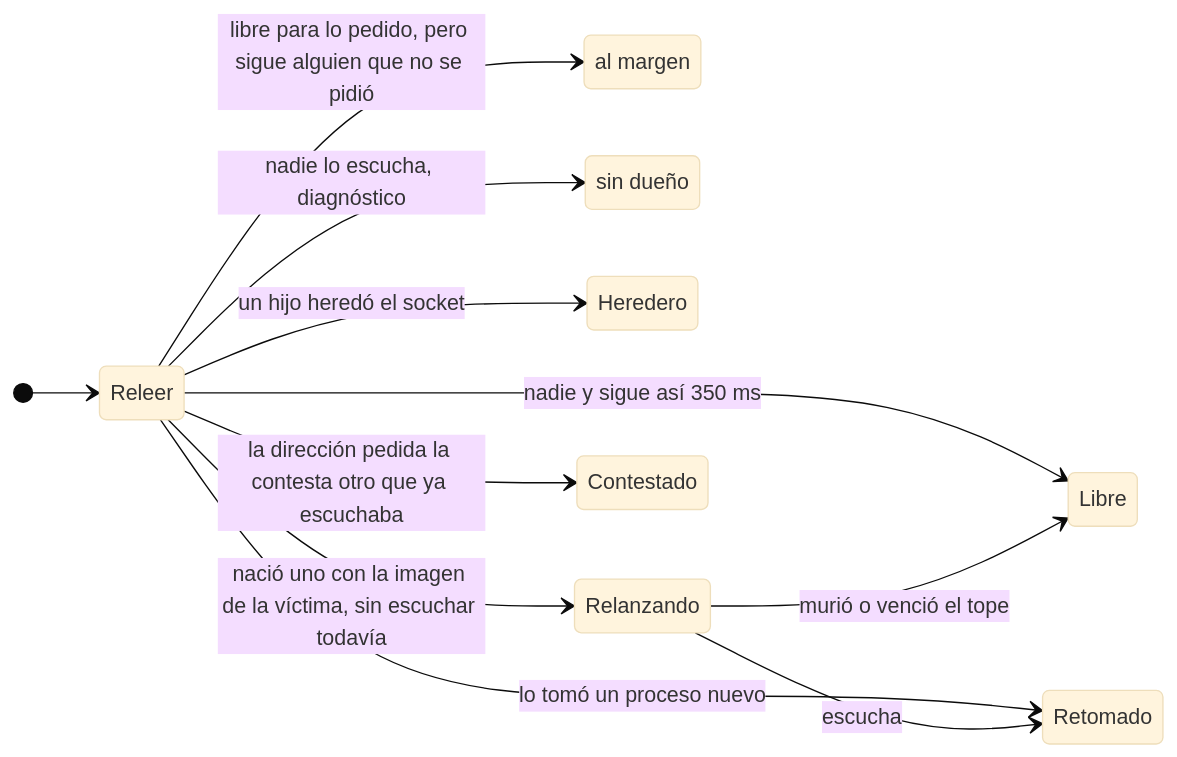
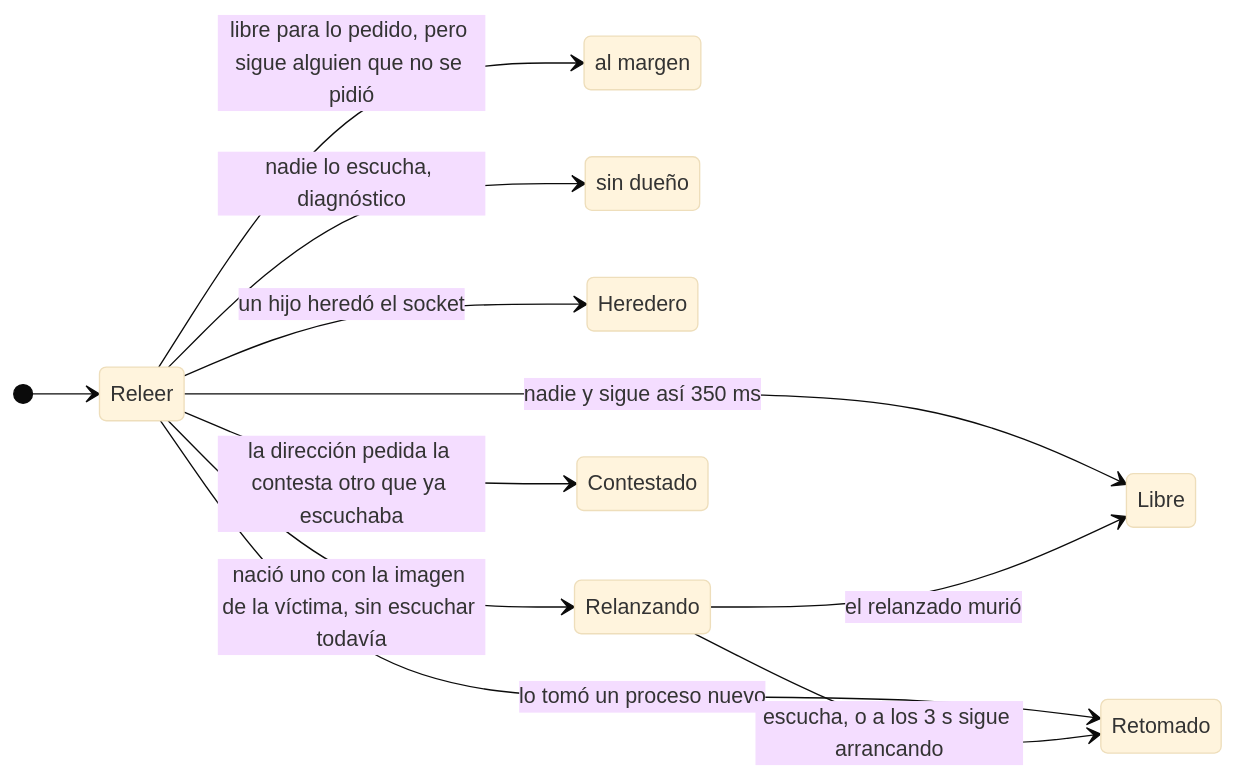
Before and after one commit to agustinyarrus/killport: the sixth of 7 diagrams in docs/ARQUITECTURA.md, drawn with Mermaid (base theme). The commit also changed other lines of this file and 5 other files, not shown here.

````diff
--- a/docs/ARQUITECTURA.md
+++ b/docs/ARQUITECTURA.md
@@ -265,16 +265,16 @@
 ```mermaid
 stateDiagram-v2
     direction LR
     state "al margen" as AlMargen
     state "sin dueño" as SinDueno
     [*] --> Releer
     Releer --> Libre: nadie y sigue así 350 ms
     Releer --> Heredero: un hijo heredó el socket
     Releer --> Retomado: lo tomó un proceso nuevo
     Releer --> Relanzando: nació uno con la imagen de la víctima, sin escuchar todavía
     Releer --> Contestado: la dirección pedida la contesta otro que ya escuchaba
     Releer --> AlMargen: libre para lo pedido, pero sigue alguien que no se pidió
     Releer --> SinDueno: nadie lo escucha, diagnóstico
-    Relanzando --> Retomado: escucha
-    Relanzando --> Libre: murió o venció el tope
+    Relanzando --> Retomado: escucha, o a los 3 s sigue arrancando
+    Relanzando --> Libre: el relanzado murió
 ```
````
